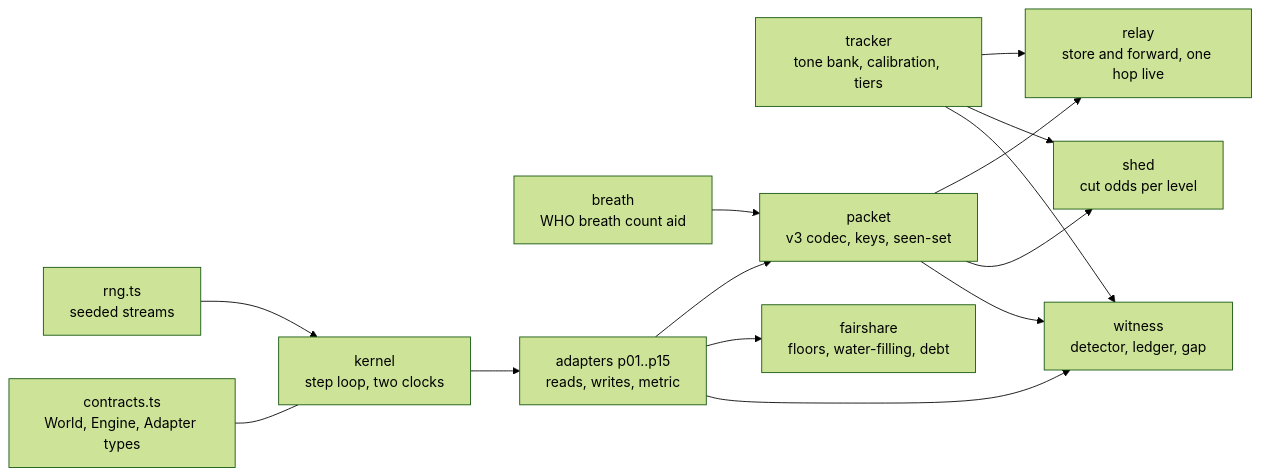
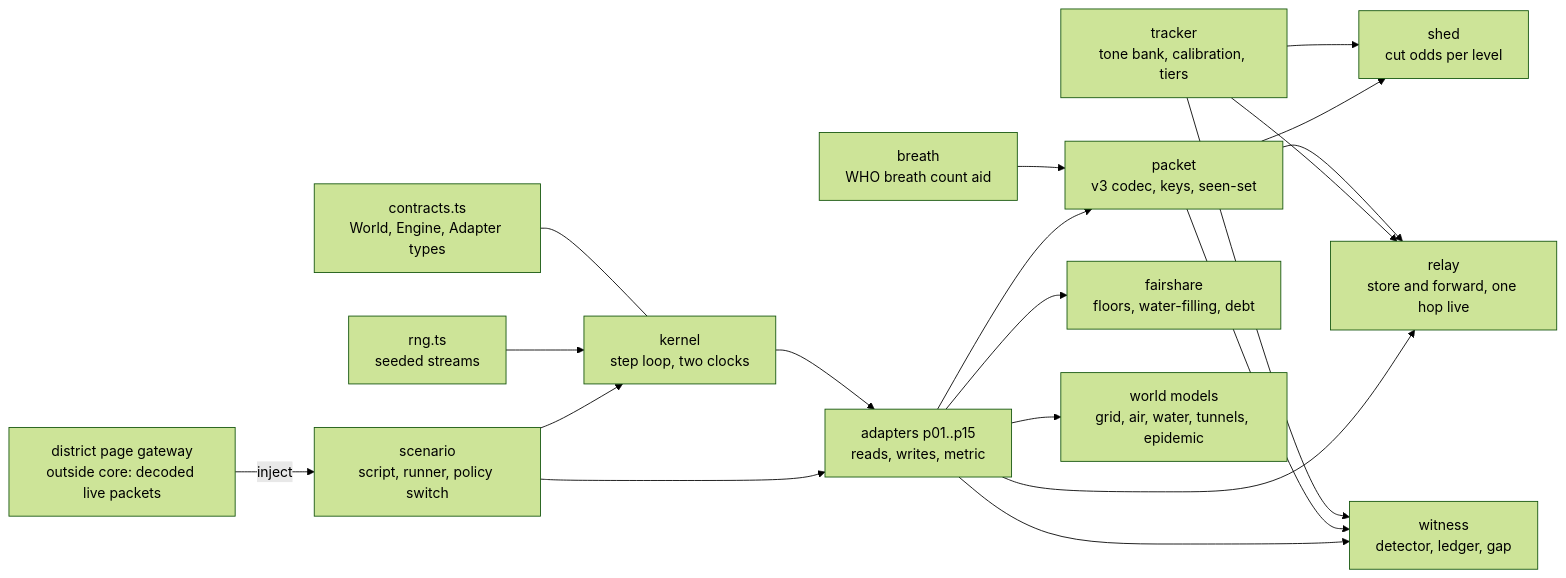
Before and after one commit to royalgillz/stratum: the diagram in docs/high-level-design.md, drawn with Mermaid (forest theme). The commit also changed other lines of this file and 63 other files, not shown here.

````diff
--- a/docs/high-level-design.md
+++ b/docs/high-level-design.md
@@ -43,16 +43,21 @@
 ```mermaid
 flowchart LR
   C[contracts.ts<br/>World, Engine, Adapter types] --- K
   R[rng.ts<br/>seeded streams] --> K[kernel<br/>step loop, two clocks]
   T[tracker<br/>tone bank, calibration, tiers] --> W[witness<br/>detector, ledger, gap]
   P[packet<br/>v3 codec, keys, seen-set] --> W
   T --> S[shed<br/>cut odds per level]
   P --> S
   P --> RL[relay<br/>store and forward, one hop live]
   T --> RL
   B[breath<br/>WHO breath count aid] --> P
   K --> A[adapters p01..p15<br/>reads, writes, metric]
   A --> W
   A --> F[fairshare<br/>floors, water-filling, debt]
   A --> P
+  A --> RL
+  A --> WM[world models<br/>grid, air, water, tunnels, epidemic]
+  SC[scenario<br/>script, runner, policy switch] --> K
+  SC --> A
+  G[district page gateway<br/>outside core: decoded live packets] -->|inject| SC
 ```
````
